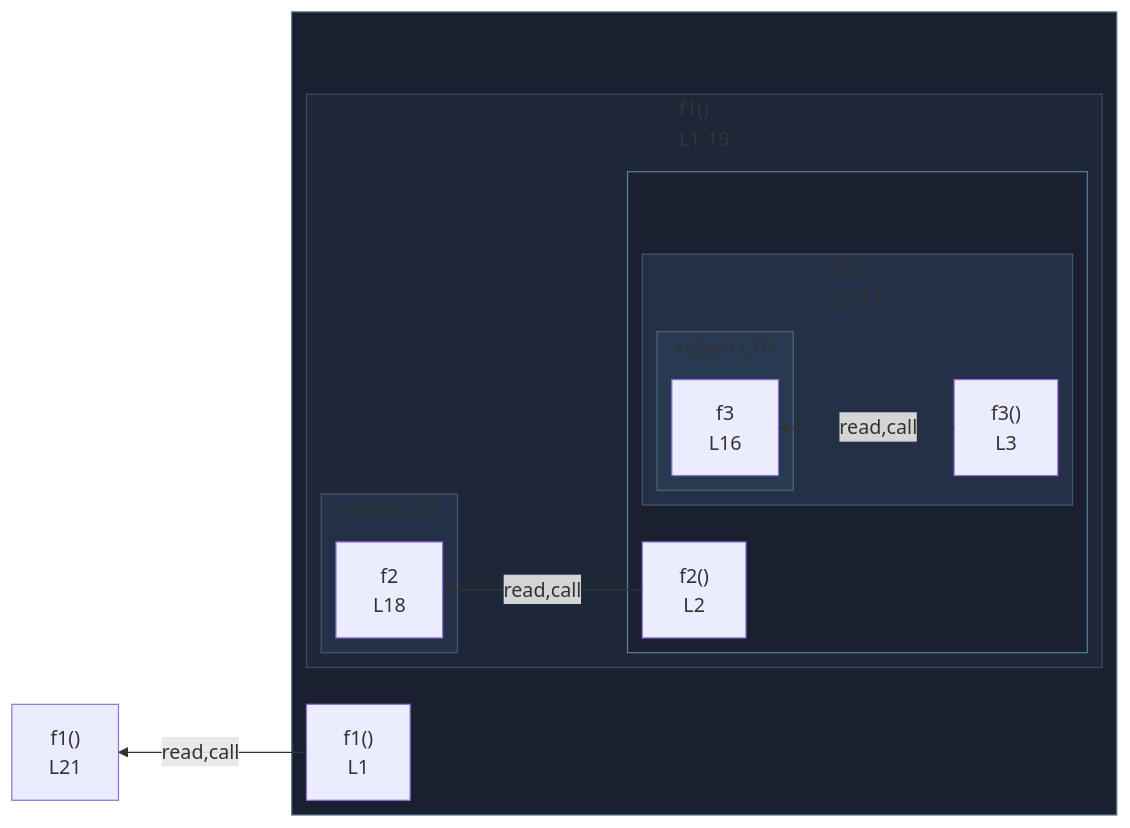
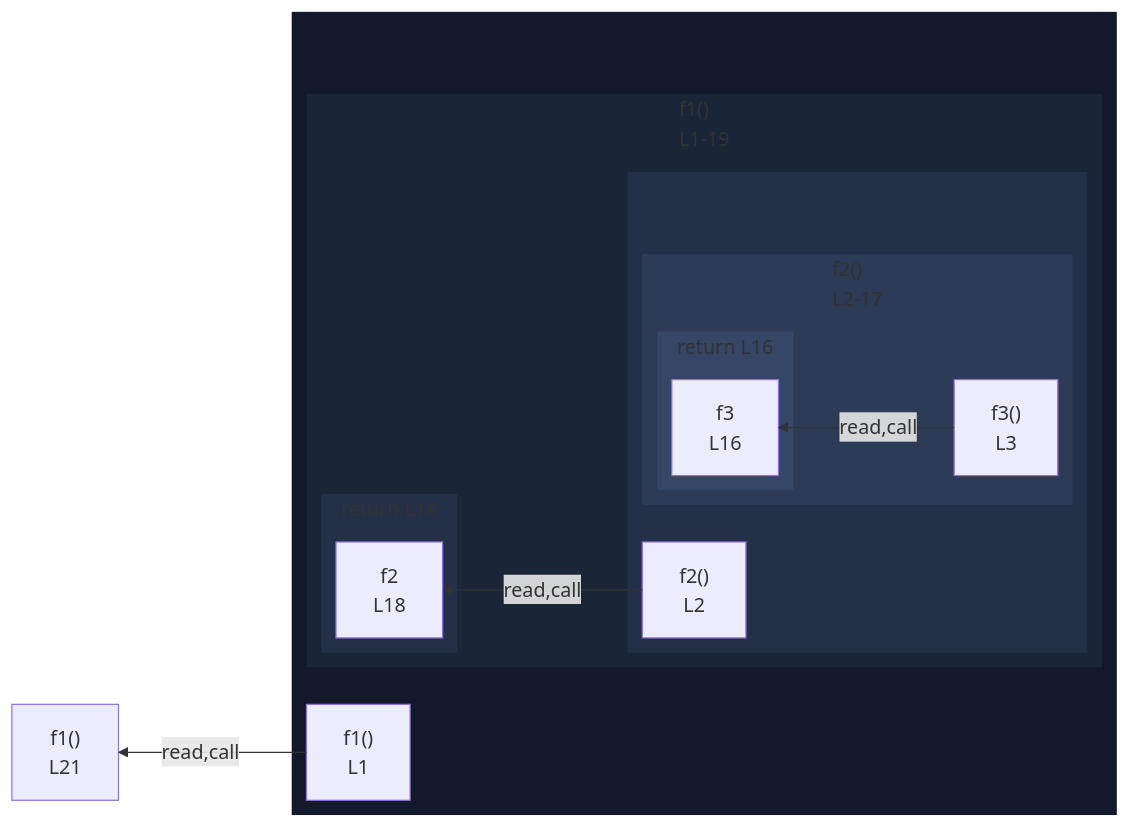
The diagram in integration/fixtures/app-behavior/depth/function/depth-2/preview.md (crescware/unsnarl), drawn with Mermaid before and after one commit. The commit also changed 263 other files, not shown here.

First line of the commit message:
Drop fnWrap class and color function wrappers via the nest palette

````diff
--- a/integration/fixtures/app-behavior/depth/function/depth-2/preview.md
+++ b/integration/fixtures/app-behavior/depth/function/depth-2/preview.md
@@ -37,41 +37,42 @@
 ```mermaid
 %%{init: {"flowchart": {"defaultRenderer": "elk"}}}%%
 flowchart RL
   subgraph wrap_s_scope_1[" "]
     direction TB
     n_scope_0_f1_9["f1()<br/>L1"]
     subgraph s_scope_1["f1()<br/>L1-19"]
       direction RL
       subgraph wrap_s_scope_2[" "]
         direction TB
         n_scope_1_f2_27["f2()<br/>L2"]
         subgraph s_scope_2["f2()<br/>L2-17"]
           direction RL
           n_scope_2_f3_47["f3()<br/>L3"]
           subgraph s_return_scope_1_f2_27_276_288["return L16"]
             direction RL
             ret_use_ref_5["f3<br/>L16"]
           end
         end
       end
       subgraph s_return_scope_0_f1_9_295_307["return L18"]
         direction RL
         ret_use_ref_6["f2<br/>L18"]
       end
     end
   end
   n_scope_2_f3_47 -->|read,call| ret_use_ref_5
   n_scope_1_f2_27 -->|read,call| ret_use_ref_6
   n_scope_0_f1_9 -->|read,call| expr_stmt_311
   expr_stmt_311["f1()<br/>L21"]
-  classDef fnWrap fill:#1a2030,stroke:#5a7d99;
-  class wrap_s_scope_1 fnWrap;
-  class wrap_s_scope_2 fnWrap;
-  classDef nestL1 fill:#1e2738,stroke:#3d4a63;
-  class s_scope_1 nestL1;
-  classDef nestL2 fill:#233045,stroke:#475670;
-  class s_scope_2 nestL2;
-  class s_return_scope_0_f1_9_295_307 nestL2;
-  classDef nestL3 fill:#283952,stroke:#51637d;
-  class s_return_scope_1_f2_27_276_288 nestL3;
+  classDef nestL1 fill:#11192a,stroke:transparent;
+  class wrap_s_scope_1 nestL1;
+  classDef nestL2 fill:#1a2538,stroke:transparent;
+  class s_scope_1 nestL2;
+  classDef nestL3 fill:#243047,stroke:transparent;
+  class wrap_s_scope_2 nestL3;
+  class s_return_scope_0_f1_9_295_307 nestL3;
+  classDef nestL4 fill:#2d3b57,stroke:transparent;
+  class s_scope_2 nestL4;
+  classDef nestL5 fill:#364666,stroke:transparent;
+  class s_return_scope_1_f2_27_276_288 nestL5;
 ```
````
